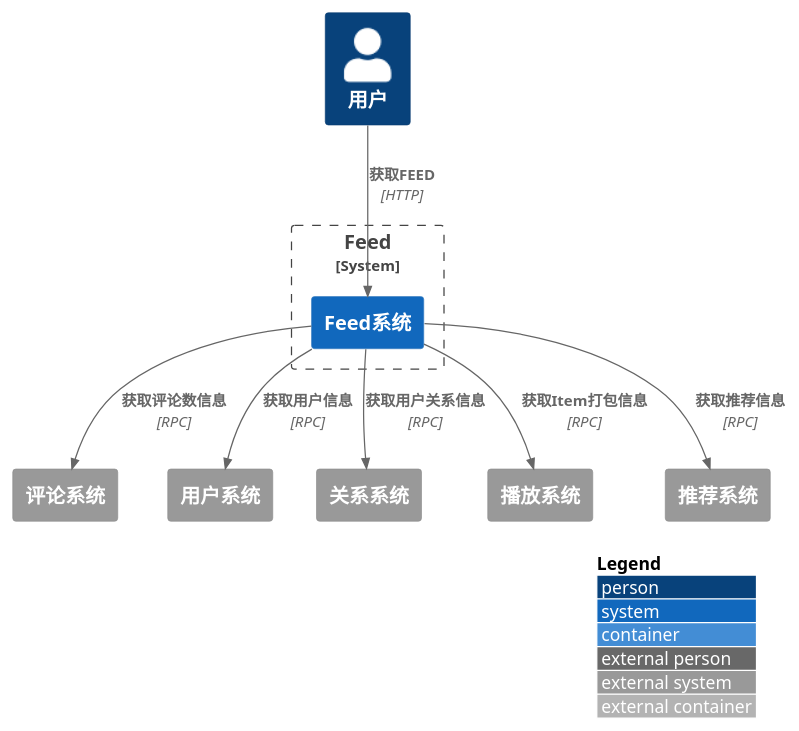
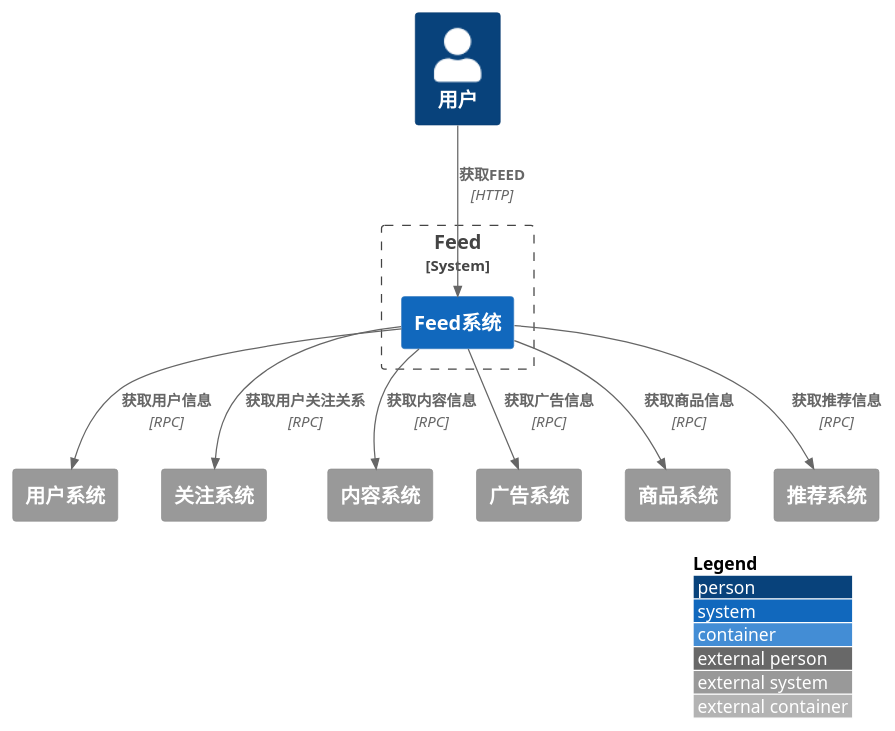
The diagram in puml/distribute/feed/system.puml (nxnnxn/community-doc), drawn with PlantUML before and after one commit. The commit also changed 3 other files, not shown here.

```diff
--- a/puml/distribute/feed/system.puml
+++ b/puml/distribute/feed/system.puml
@@ -1,25 +1,26 @@
 @startuml
 !include <C4/C4_Container>
 LAYOUT_WITH_LEGEND()
 
 Person(user, "用户")
 
 System_Boundary(feedBoundary, "Feed"){
     System(feedSystem, "Feed系统")
 }
 
-System_Ext(commentSystem, "评论系统")
 System_Ext(userSystem, "用户系统")
-System_Ext(relationSystem, "关系系统")
-System_Ext(playSystem, "播放系统")
+System_Ext(followSystem, "关注系统")
+System_Ext(playSystem, "内容系统")
+System_Ext(adSystem, "广告系统")
+System_Ext(goodSystem, "商品系统")
 System_Ext(tppSystem, "推荐系统")
 
 Rel_D(user,feedSystem, "获取FEED", "HTTP")
 Rel_D(feedSystem,tppSystem, "获取推荐信息", "RPC")
 Rel_D(feedSystem,userSystem, "获取用户信息", "RPC")
-Rel_D(feedSystem,playSystem, "获取Item打包信息", "RPC")
-Rel_D(feedSystem,commentSystem, "获取评论数信息", "RPC")
-Rel_D(feedSystem,relationSystem, "获取用户关系信息", "RPC")
-
+Rel_D(feedSystem,playSystem, "获取内容信息", "RPC")
+Rel_D(feedSystem,followSystem, "获取用户关注关系", "RPC")
+Rel_D(feedSystem,adSystem, "获取广告信息", "RPC")
+Rel_D(feedSystem,goodSystem, "获取商品信息", "RPC")
 
 @enduml
```
